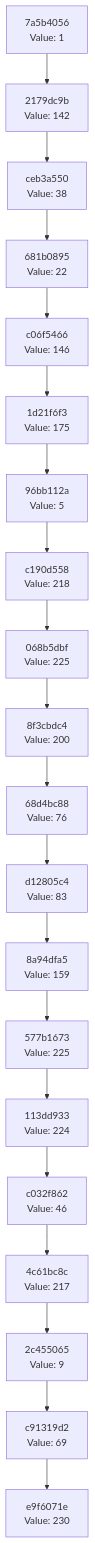
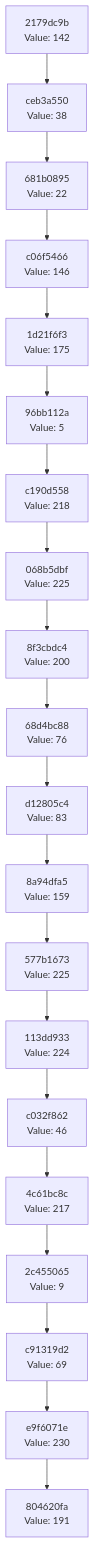
One commit to Abhisheksinha1506/hash-chain-evolver changed the diagram in docs/CHAIN_VISUALIZATION.md. Above: the diagram before and after it, drawn with Mermaid. The commit also changed 2 other files, not shown here.

Commit message:
Evolution step: hash 0xBF → action executed

````diff
--- a/docs/CHAIN_VISUALIZATION.md
+++ b/docs/CHAIN_VISUALIZATION.md
@@ -3,42 +3,42 @@
 ```mermaid
 graph TD
-    C0["e9f6071e<br/>Value: 230"]
-    C1["c91319d2<br/>Value: 69"]
+    C0["804620fa<br/>Value: 191"]
+    C1["e9f6071e<br/>Value: 230"]
     C1 --> C0
-    C2["2c455065<br/>Value: 9"]
+    C2["c91319d2<br/>Value: 69"]
     C2 --> C1
-    C3["4c61bc8c<br/>Value: 217"]
+    C3["2c455065<br/>Value: 9"]
     C3 --> C2
-    C4["c032f862<br/>Value: 46"]
+    C4["4c61bc8c<br/>Value: 217"]
     C4 --> C3
-    C5["113dd933<br/>Value: 224"]
+    C5["c032f862<br/>Value: 46"]
     C5 --> C4
-    C6["577b1673<br/>Value: 225"]
+    C6["113dd933<br/>Value: 224"]
     C6 --> C5
-    C7["8a94dfa5<br/>Value: 159"]
+    C7["577b1673<br/>Value: 225"]
     C7 --> C6
-    C8["d12805c4<br/>Value: 83"]
+    C8["8a94dfa5<br/>Value: 159"]
     C8 --> C7
-    C9["68d4bc88<br/>Value: 76"]
+    C9["d12805c4<br/>Value: 83"]
     C9 --> C8
-    C10["8f3cbdc4<br/>Value: 200"]
+    C10["68d4bc88<br/>Value: 76"]
     C10 --> C9
-    C11["068b5dbf<br/>Value: 225"]
+    C11["8f3cbdc4<br/>Value: 200"]
     C11 --> C10
-    C12["c190d558<br/>Value: 218"]
+    C12["068b5dbf<br/>Value: 225"]
     C12 --> C11
-    C13["96bb112a<br/>Value: 5"]
+    C13["c190d558<br/>Value: 218"]
     C13 --> C12
-    C14["1d21f6f3<br/>Value: 175"]
+    C14["96bb112a<br/>Value: 5"]
     C14 --> C13
-    C15["c06f5466<br/>Value: 146"]
+    C15["1d21f6f3<br/>Value: 175"]
     C15 --> C14
-    C16["681b0895<br/>Value: 22"]
+    C16["c06f5466<br/>Value: 146"]
     C16 --> C15
-    C17["ceb3a550<br/>Value: 38"]
+    C17["681b0895<br/>Value: 22"]
     C17 --> C16
-    C18["2179dc9b<br/>Value: 142"]
+    C18["ceb3a550<br/>Value: 38"]
     C18 --> C17
-    C19["7a5b4056<br/>Value: 1"]
+    C19["2179dc9b<br/>Value: 142"]
     C19 --> C18
 ```
````
